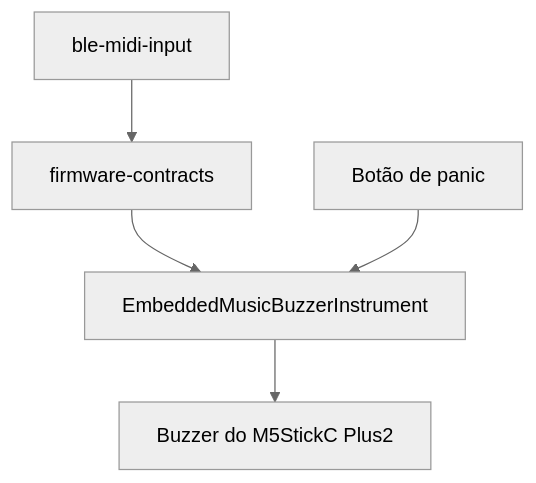
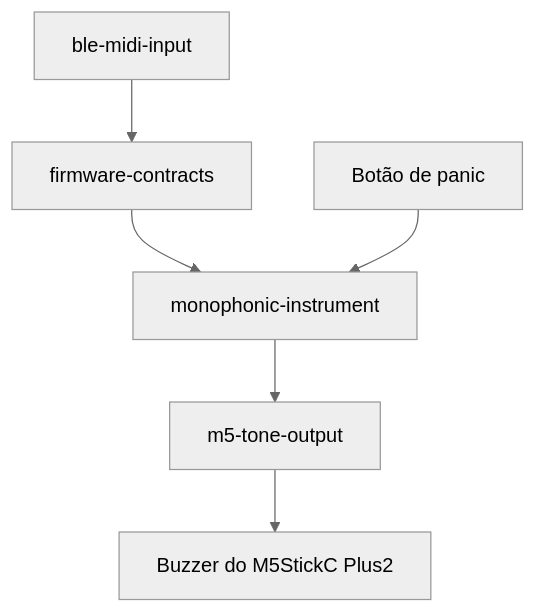
The first of 2 diagrams in DESIGN.md (fczuardi/embedded-music-experiments), drawn with Mermaid (neutral theme) before and after one commit. The commit also changed other lines of this file and 13 other files, not shown here.

````diff
--- a/DESIGN.md
+++ b/DESIGN.md
@@ -107,7 +108,8 @@
 ```mermaid
 flowchart TD
     B["ble-midi-input"] --> C["firmware-contracts"]
-    C --> I["EmbeddedMusicBuzzerInstrument"]
-    I --> A["Buzzer do M5StickC Plus2"]
+    C --> I["monophonic-instrument"]
+    I --> O["m5-tone-output"]
+    O --> A["Buzzer do M5StickC Plus2"]
     P["Botão de panic"] --> I
 ```
````
